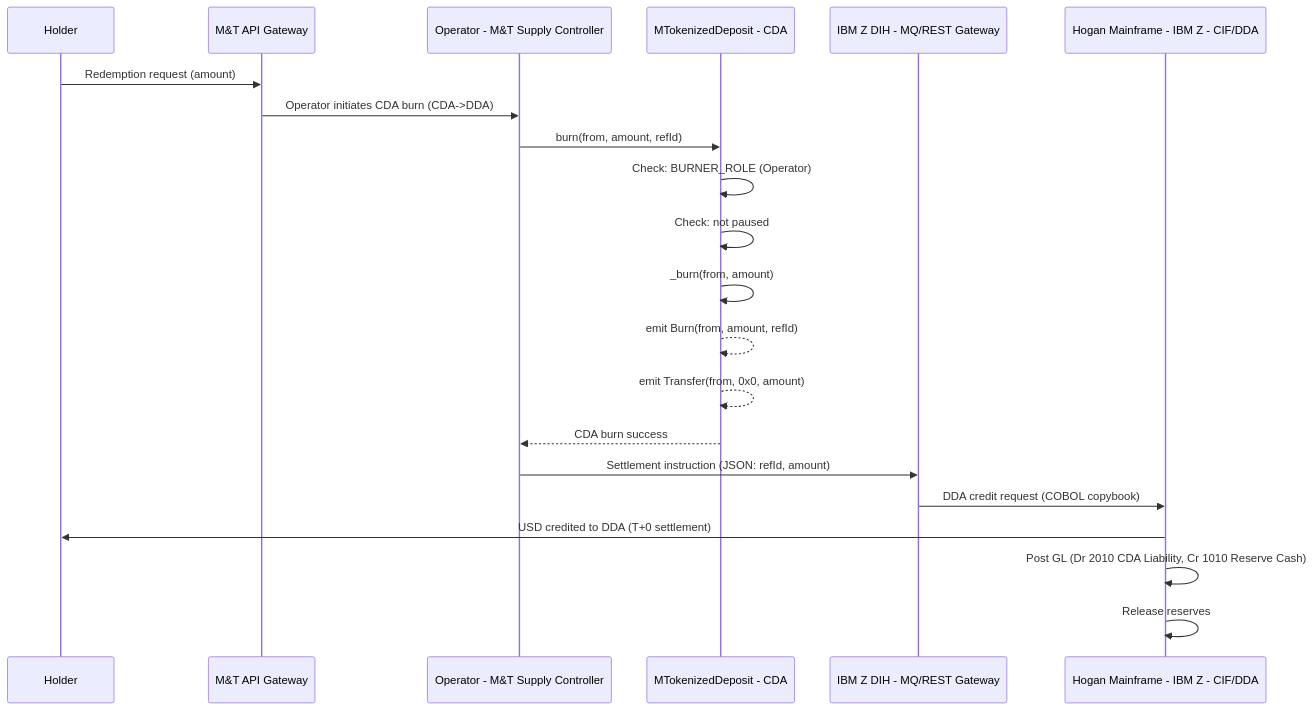
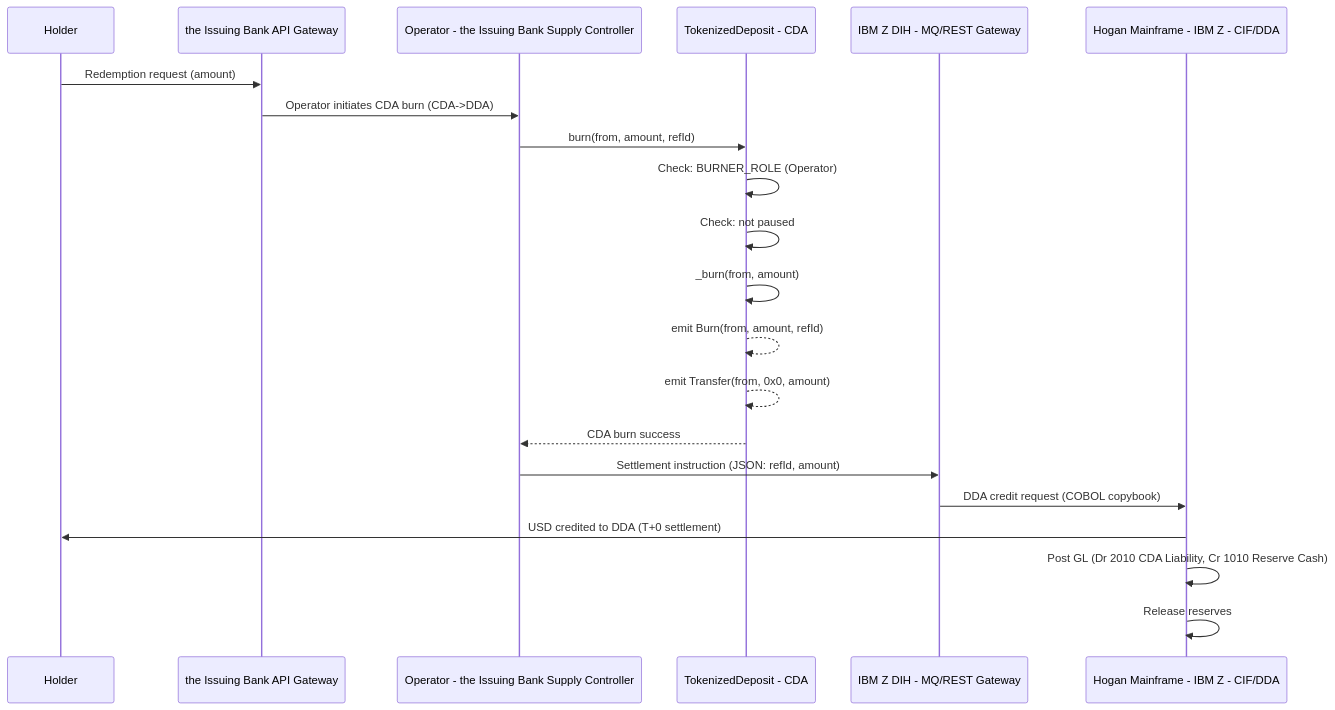
One commit to jnodes/tokenized-deposits changed the second of 6 diagrams in docs/contract_flow_diagrams.md. Above: the diagram before and after it, drawn with Mermaid. The commit also changed other lines of this file and 160 other files, not shown here.

````diff
--- a/docs/contract_flow_diagrams.md
+++ b/docs/contract_flow_diagrams.md
@@ -41,24 +41,24 @@
 ```mermaid
 sequenceDiagram
     participant Holder
-    participant API as M&T API Gateway
-    participant Operator as Operator - M&T Supply Controller
-    participant Token as MTokenizedDeposit - CDA
+    participant API as the Issuing Bank API Gateway
+    participant Operator as Operator - the Issuing Bank Supply Controller
+    participant Token as TokenizedDeposit - CDA
     participant ZDIH as IBM Z DIH - MQ/REST Gateway
     participant Hogan as Hogan Mainframe - IBM Z - CIF/DDA
 
     Holder->>API: Redemption request (amount)
     API->>Operator: Operator initiates CDA burn (CDA->DDA)
     Operator->>Token: burn(from, amount, refId)
     Token->>Token: Check: BURNER_ROLE (Operator)
     Token->>Token: Check: not paused
     Token->>Token: _burn(from, amount)
     Token-->>Token: emit Burn(from, amount, refId)
     Token-->>Token: emit Transfer(from, 0x0, amount)
     Token-->>Operator: CDA burn success
     Operator->>ZDIH: Settlement instruction (JSON: refId, amount)
     ZDIH->>Hogan: DDA credit request (COBOL copybook)
     Hogan->>Holder: USD credited to DDA (T+0 settlement)
     Hogan->>Hogan: Post GL (Dr 2010 CDA Liability, Cr 1010 Reserve Cash)
     Hogan->>Hogan: Release reserves
 ```
````
